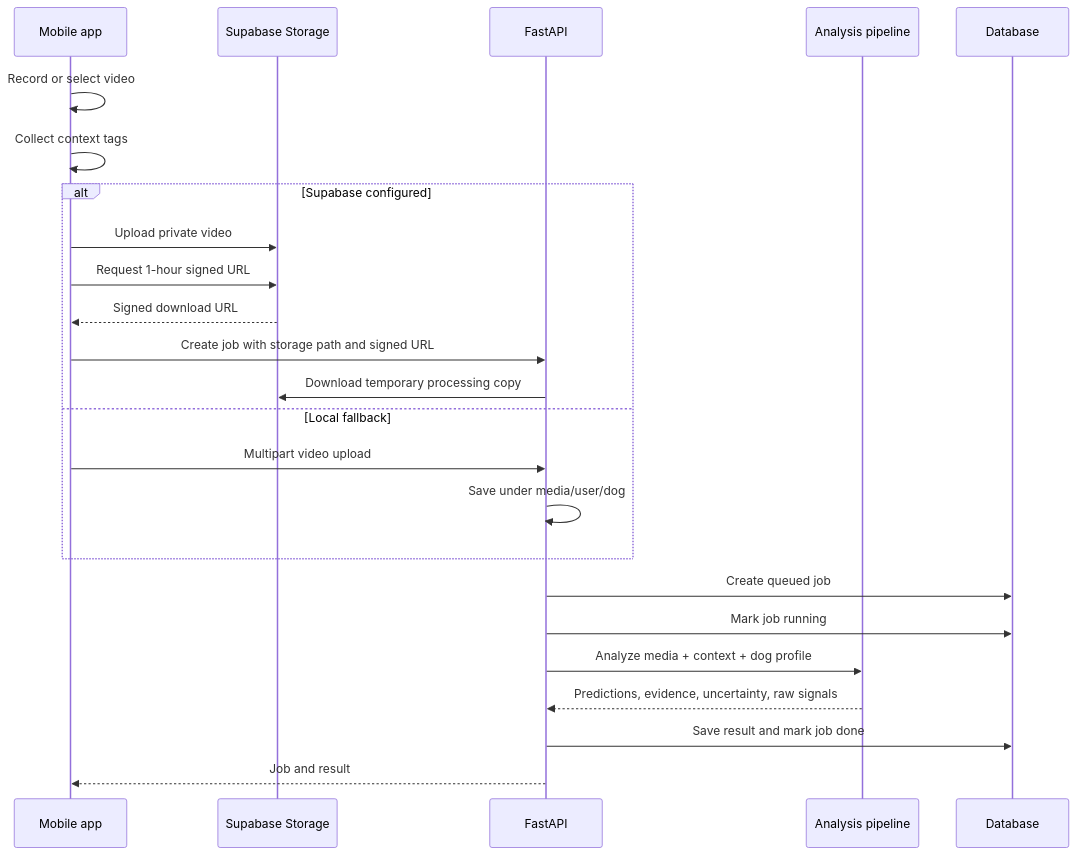
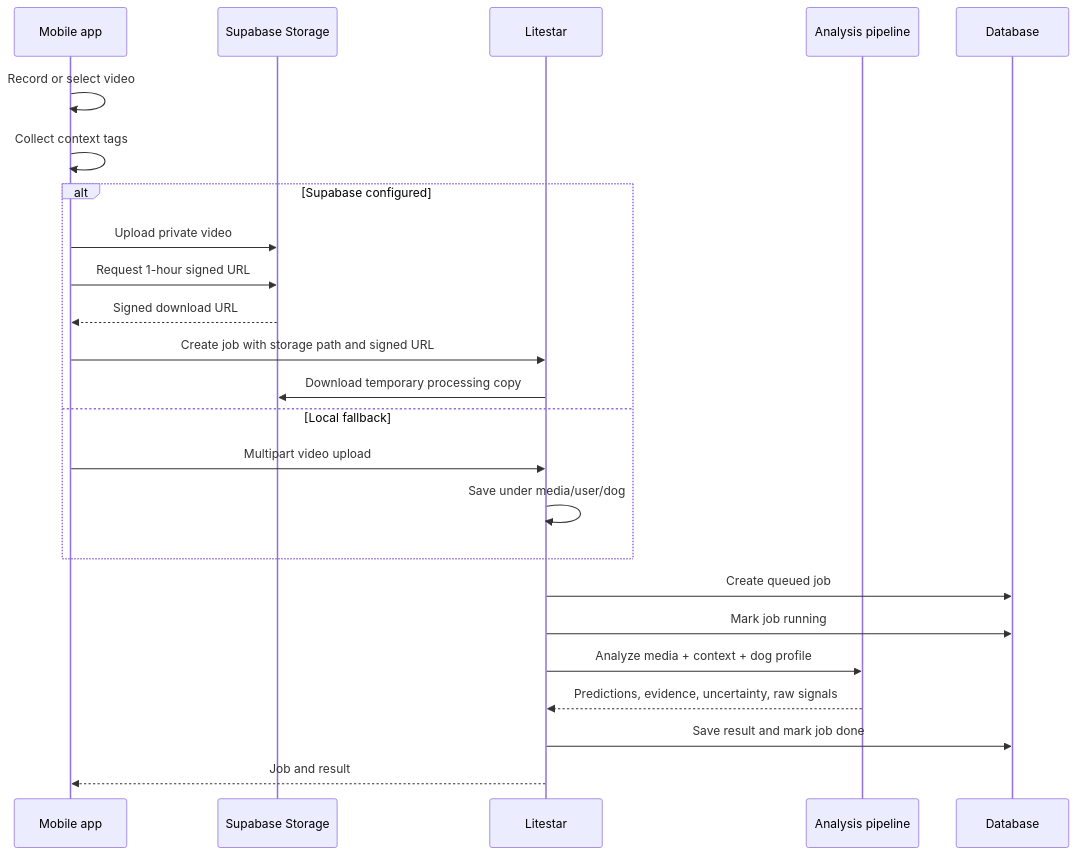
Before and after one commit to martian3062/tommy-doggie-talkie: the third of 4 diagrams in README.md, drawn with Mermaid. The commit also changed other lines of this file and 21 other files, not shown here.

````diff
--- a/README.md
+++ b/README.md
@@ -128,29 +128,29 @@
 ```mermaid
 sequenceDiagram
     participant M as Mobile app
     participant S as Supabase Storage
-    participant A as FastAPI
+    participant A as Litestar
     participant P as Analysis pipeline
     participant D as Database
 
     M->>M: Record or select video
     M->>M: Collect context tags
 
     alt Supabase configured
         M->>S: Upload private video
         M->>S: Request 1-hour signed URL
         S-->>M: Signed download URL
         M->>A: Create job with storage path and signed URL
         A->>S: Download temporary processing copy
     else Local fallback
         M->>A: Multipart video upload
         A->>A: Save under media/user/dog
     end
 
     A->>D: Create queued job
     A->>D: Mark job running
     A->>P: Analyze media + context + dog profile
     P-->>A: Predictions, evidence, uncertainty, raw signals
     A->>D: Save result and mark job done
     A-->>M: Job and result
 ```
````
